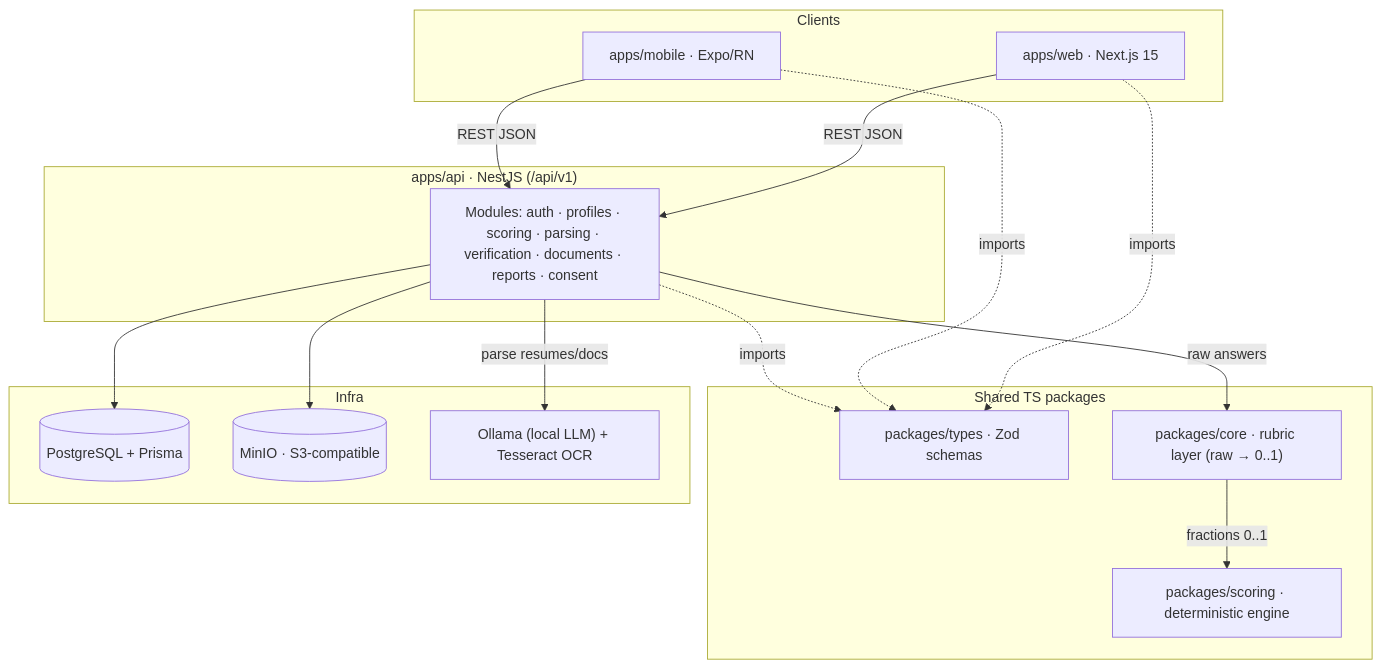
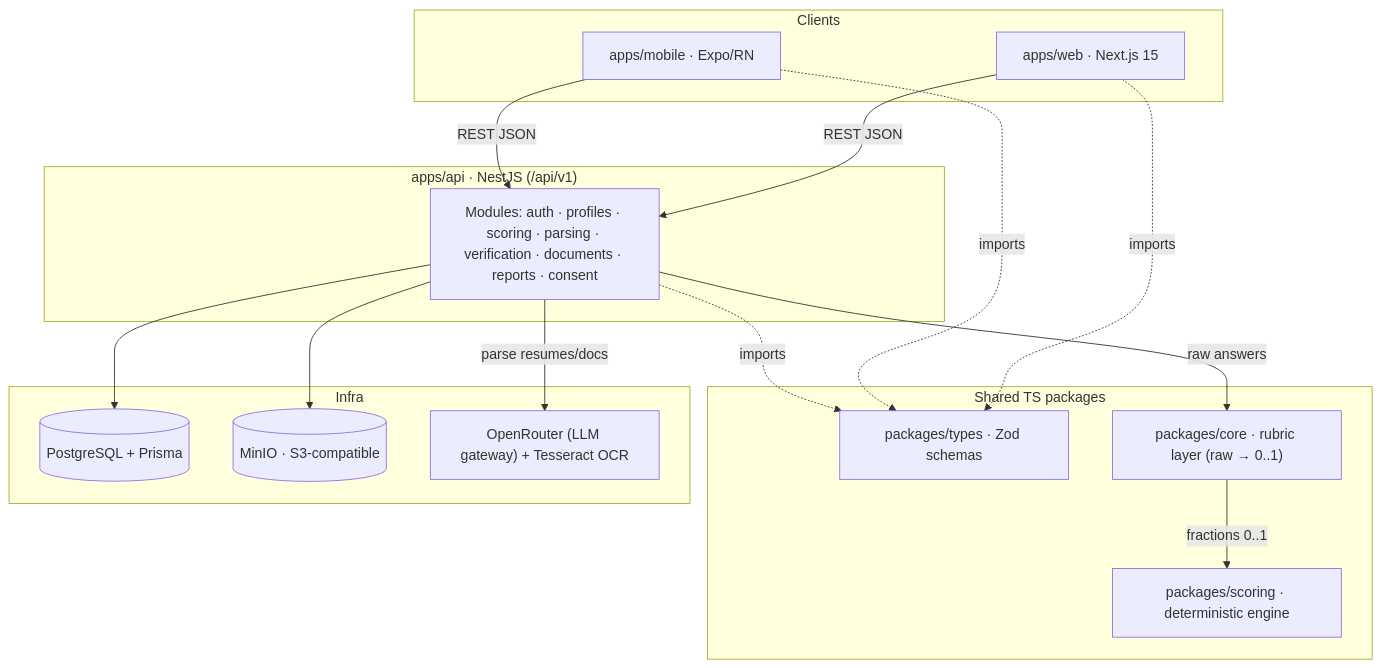
One commit to yashranaway/stabil changed the first of 3 diagrams in docs/AGENTS.md. Above: the diagram before and after it, drawn with Mermaid. The commit also changed other lines of this file and 27 other files, not shown here.

First line of the commit message:
Docs: switch AI provider from self-hosted Ollama to OpenRouter

````diff
--- a/docs/AGENTS.md
+++ b/docs/AGENTS.md
@@ -38,34 +38,34 @@
 ```mermaid
 flowchart TD
   subgraph Clients
     WEB["apps/web · Next.js 15"]
     MOB["apps/mobile · Expo/RN"]
   end
 
   subgraph Shared["Shared TS packages"]
     TYPES["packages/types · Zod schemas"]
     CORE["packages/core · rubric layer (raw → 0..1)"]
     SCORING["packages/scoring · deterministic engine"]
   end
 
   subgraph Server["apps/api · NestJS (/api/v1)"]
     API["Modules: auth · profiles · scoring · parsing · verification · documents · reports · consent"]
   end
 
   subgraph Infra
     PG[("PostgreSQL + Prisma")]
     MINIO[("MinIO · S3-compatible")]
-    OLLAMA["Ollama (local LLM) + Tesseract OCR"]
+    OPENROUTER["OpenRouter (LLM gateway) + Tesseract OCR"]
   end
 
   WEB -->|REST JSON| API
   MOB -->|REST JSON| API
   WEB -. imports .-> TYPES
   MOB -. imports .-> TYPES
   API -. imports .-> TYPES
   API -->|raw answers| CORE
   CORE -->|fractions 0..1| SCORING
   API --> PG
   API --> MINIO
-  API -->|parse resumes/docs| OLLAMA
+  API -->|parse resumes/docs| OPENROUTER
 ```
````
